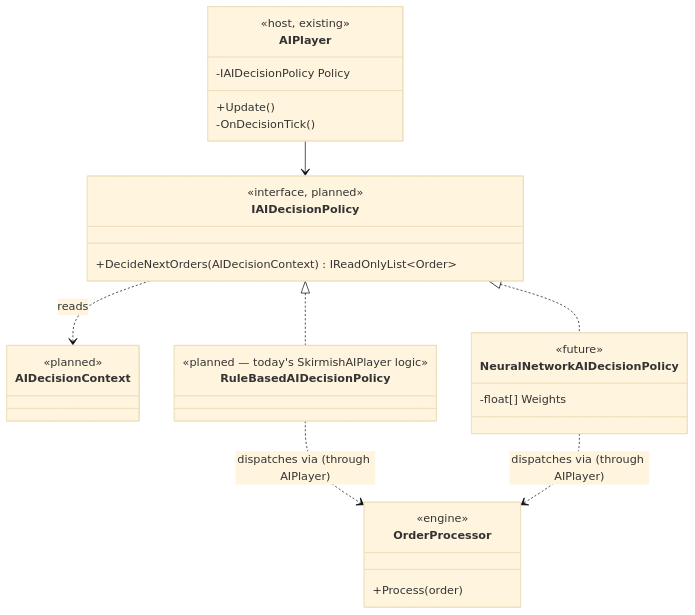
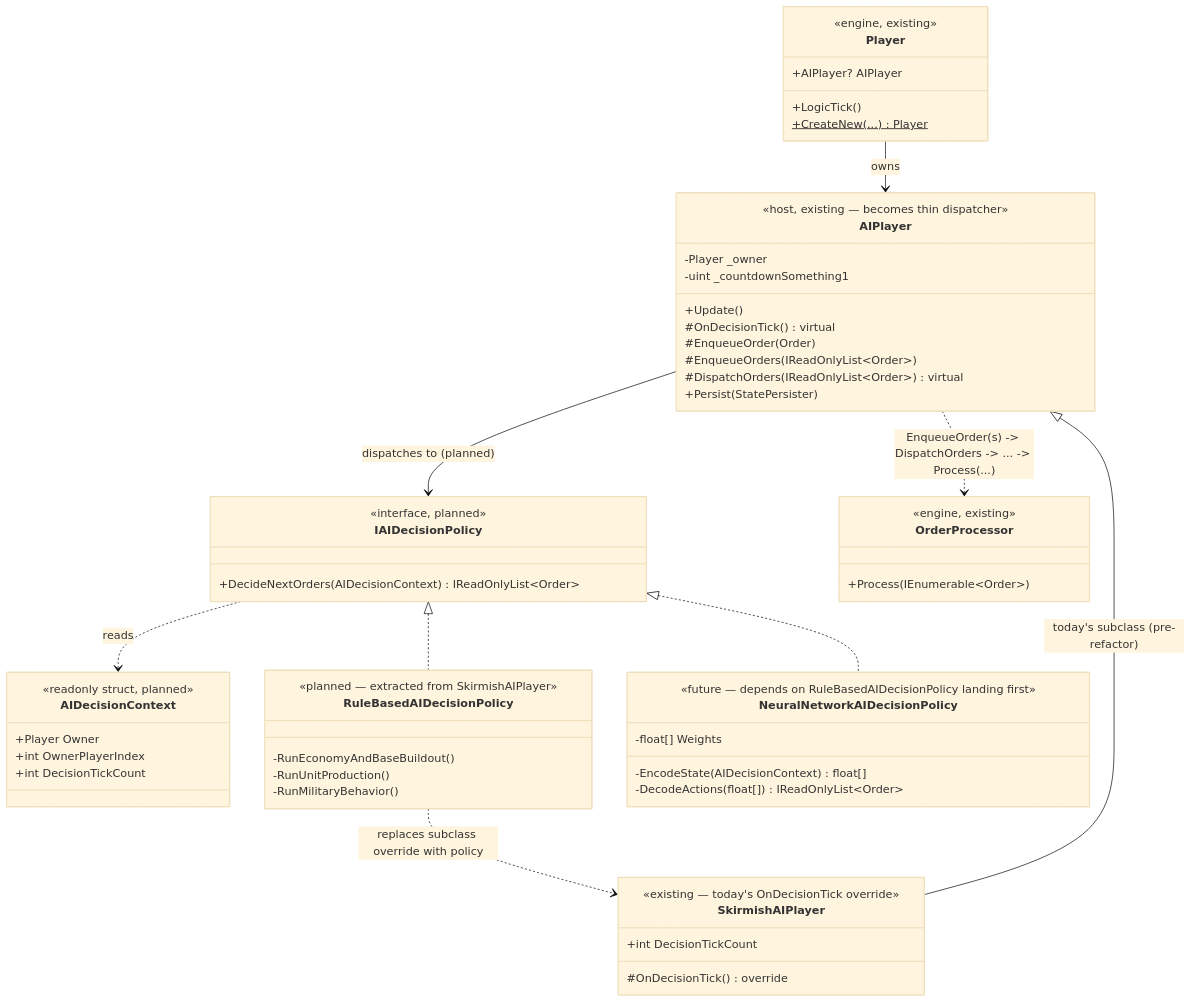
One commit to rmessinger/Panopticon changed the first of 2 diagrams in docs/roadmap/deep-dives/pluggable-ai.md. Above: the diagram before and after it, drawn with Mermaid (base theme). The commit also changed other lines of this file and 5 other files, not shown here.

````diff
--- a/docs/roadmap/deep-dives/pluggable-ai.md
+++ b/docs/roadmap/deep-dives/pluggable-ai.md
@@ -201,39 +202,67 @@
 ```mermaid
 classDiagram
+  class Player {
+    <<engine, existing>>
+    +AIPlayer? AIPlayer
+    +LogicTick()
+    +CreateNew(...)$ Player
+  }
+
   class AIPlayer {
-    <<host, existing>>
-    -IAIDecisionPolicy Policy
+    <<host, existing — becomes thin dispatcher>>
+    -Player _owner
+    -uint _countdownSomething1
     +Update()
-    -OnDecisionTick()
+    #OnDecisionTick() virtual
+    #EnqueueOrder(Order)
+    #EnqueueOrders(IReadOnlyList~Order~)
+    #DispatchOrders(IReadOnlyList~Order~) virtual
+    +Persist(StatePersister)
   }
 
   class IAIDecisionPolicy {
     <<interface, planned>>
     +DecideNextOrders(AIDecisionContext) IReadOnlyList~Order~
   }
 
   class AIDecisionContext {
-    <<planned>>
+    <<readonly struct, planned>>
+    +Player Owner
+    +int OwnerPlayerIndex
+    +int DecisionTickCount
   }
 
   class RuleBasedAIDecisionPolicy {
-    <<planned — today's SkirmishAIPlayer logic>>
+    <<planned — extracted from SkirmishAIPlayer>>
+    -RunEconomyAndBaseBuildout()
+    -RunUnitProduction()
+    -RunMilitaryBehavior()
+  }
+
+  class SkirmishAIPlayer {
+    <<existing — today's OnDecisionTick override>>
+    +int DecisionTickCount
+    #OnDecisionTick() override
   }
 
   class NeuralNetworkAIDecisionPolicy {
-    <<future>>
+    <<future — depends on RuleBasedAIDecisionPolicy landing first>>
     -float[] Weights
+    -EncodeState(AIDecisionContext) float[]
+    -DecodeActions(float[]) IReadOnlyList~Order~
   }
 
   class OrderProcessor {
-    <<engine>>
-    +Process(order)
+    <<engine, existing>>
+    +Process(IEnumerable~Order~)
   }
 
-  AIPlayer --> IAIDecisionPolicy
+  Player --> AIPlayer : owns
+  AIPlayer --> IAIDecisionPolicy : dispatches to (planned)
   IAIDecisionPolicy <|.. RuleBasedAIDecisionPolicy
   IAIDecisionPolicy <|.. NeuralNetworkAIDecisionPolicy
   IAIDecisionPolicy ..> AIDecisionContext : reads
-  RuleBasedAIDecisionPolicy ..> OrderProcessor : dispatches via (through AIPlayer)
-  NeuralNetworkAIDecisionPolicy ..> OrderProcessor : dispatches via (through AIPlayer)
+  SkirmishAIPlayer --|> AIPlayer : today's subclass (pre-refactor)
+  RuleBasedAIDecisionPolicy ..> SkirmishAIPlayer : replaces subclass override with policy
+  AIPlayer ..> OrderProcessor : EnqueueOrder(s) -> DispatchOrders -> ... -> Process(...)
 ```
````
